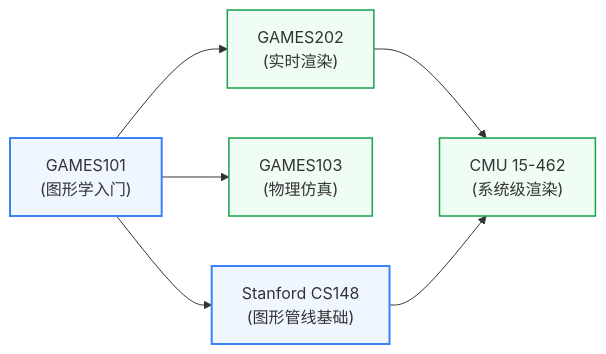
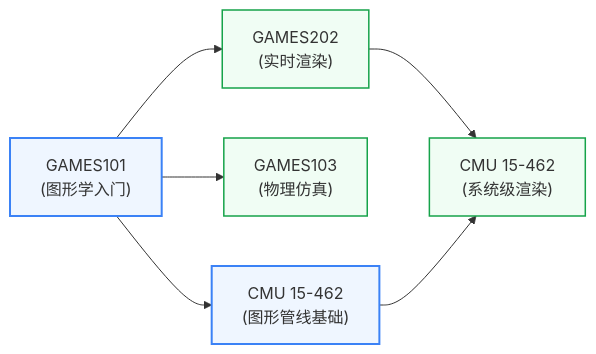
One commit to Crys-Chen/ic-guide changed the diagram in docs/学习地图/算法编程/计算机图形学/index.md. Above: the diagram before and after it, drawn with Mermaid. The commit also changed other lines of this file and 20 other files, not shown here.

````diff
--- a/docs/学习地图/算法编程/计算机图形学/index.md
+++ b/docs/学习地图/算法编程/计算机图形学/index.md
@@ -7,13 +7,13 @@
 ```mermaid
 graph LR
     A["GAMES101<br/>(图形学入门)"] --> B["GAMES202<br/>(实时渲染)"]
     A --> C["GAMES103<br/>(物理仿真)"]
-    A --> D["Stanford CS148<br/>(图形管线基础)"]
+    A --> D["CMU 15-462<br/>(图形管线基础)"]
     B --> E["CMU 15-462<br/>(系统级渲染)"]
     D --> E
 
     classDef intro fill:#EFF6FF,stroke:#3B82F6,stroke-width:2px
     classDef advanced fill:#F0FDF4,stroke:#16A34A,stroke-width:1.5px
     class A,D intro
     class B,C,E advanced
 ```
````
